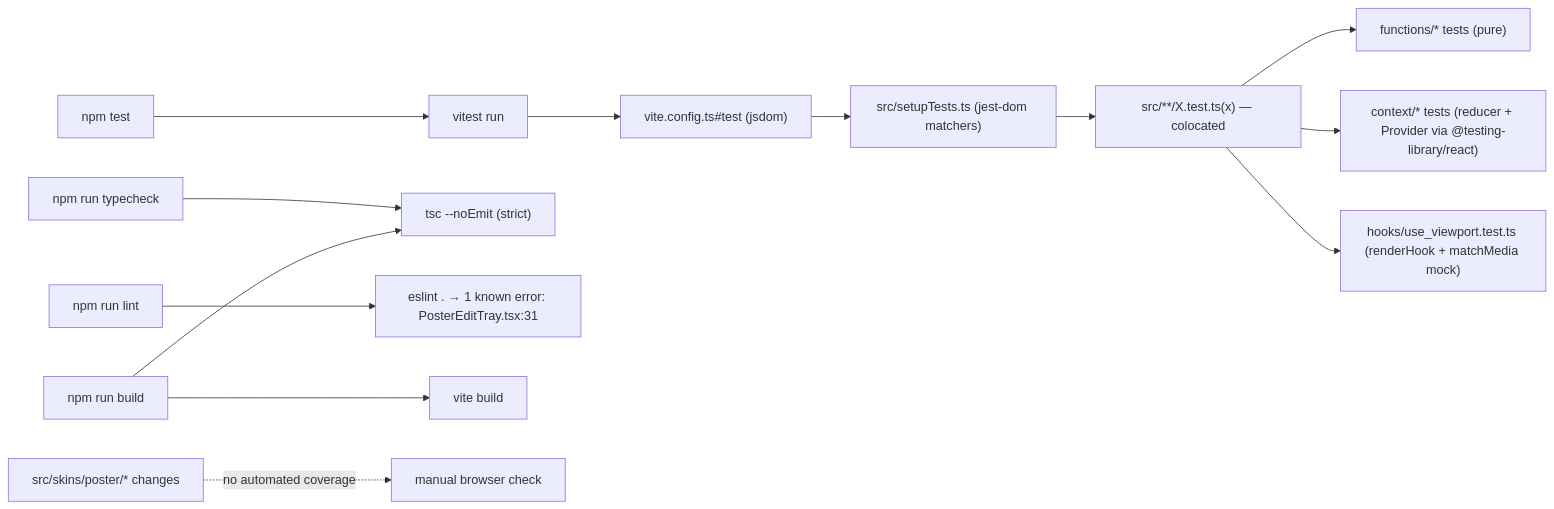
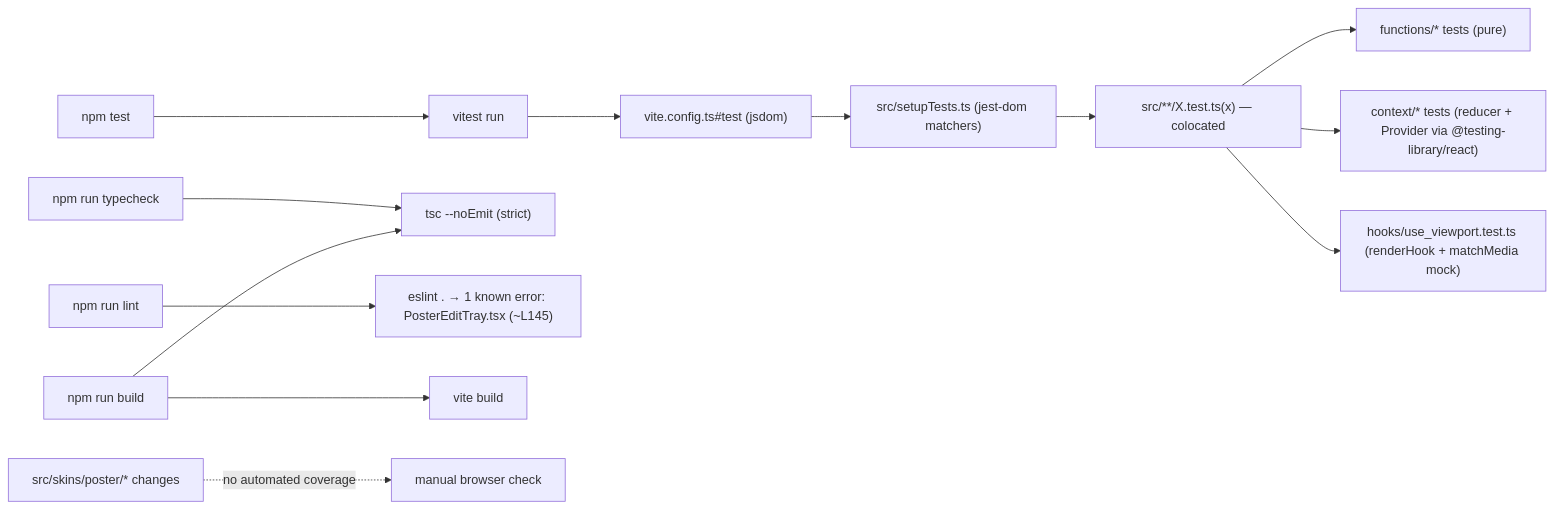
The diagram in SPEC/CURRENT/testing.md (p4stoboy/p4lette), drawn with Mermaid before and after one commit. The commit also changed other lines of this file and 20 other files, not shown here.

First line of the commit message:
feat(color-mode): an ALL mode (all 5 formats stacked) + an EDIT-tray space picker

````diff
--- a/SPEC/CURRENT/testing.md
+++ b/SPEC/CURRENT/testing.md
@@ -83,15 +83,15 @@
 ```mermaid
 flowchart LR
   cmd["npm test"] --> vr["vitest run"]
   vr --> cfg["vite.config.ts#test (jsdom)"]
   cfg --> su["src/setupTests.ts (jest-dom matchers)"]
   su --> files["src/**/X.test.ts(x) — colocated"]
   files --> fns["functions/* tests (pure)"]
   files --> ctx["context/* tests (reducer + Provider via @testing-library/react)"]
   files --> hk["hooks/use_viewport.test.ts (renderHook + matchMedia mock)"]
   tc["npm run typecheck"] --> tsc["tsc --noEmit (strict)"]
-  lc["npm run lint"] --> es["eslint . → 1 known error: PosterEditTray.tsx:31"]
+  lc["npm run lint"] --> es["eslint . → 1 known error: PosterEditTray.tsx (~L145)"]
   build["npm run build"] --> tsc
   build --> vb["vite build"]
   ui["src/skins/poster/* changes"] -.->|no automated coverage| eyes["manual browser check"]
 ```
````
